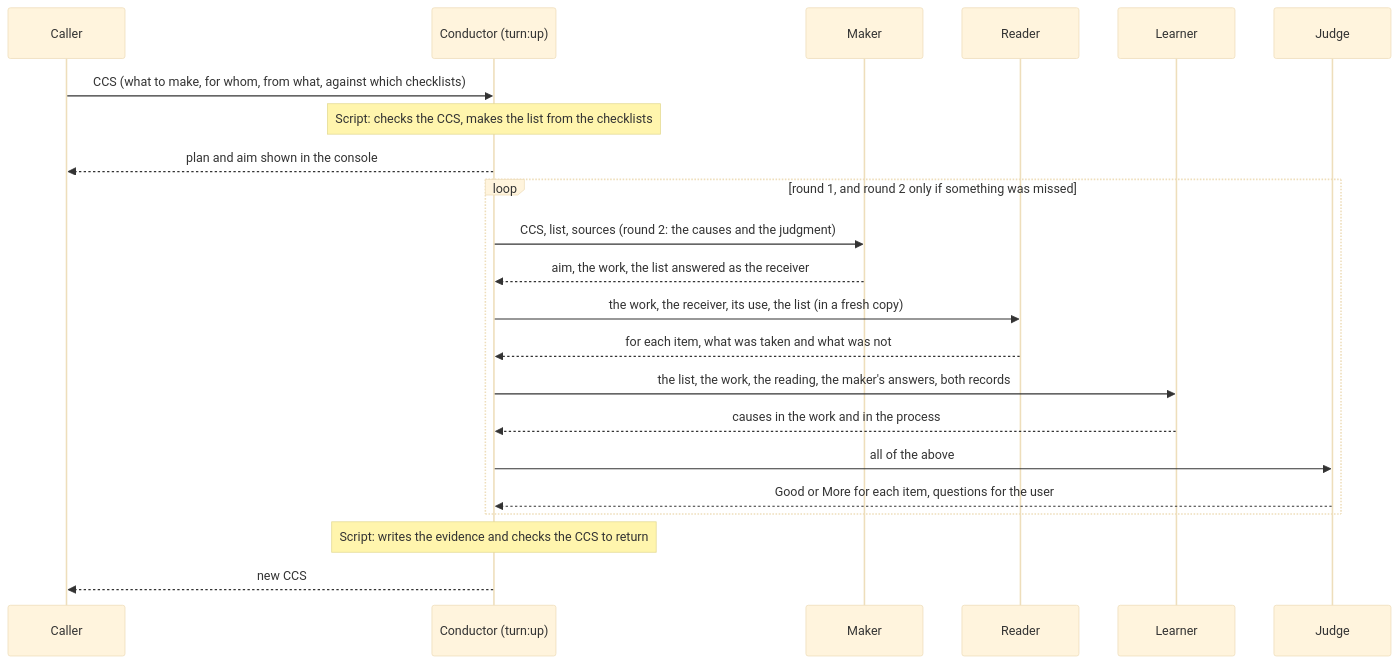
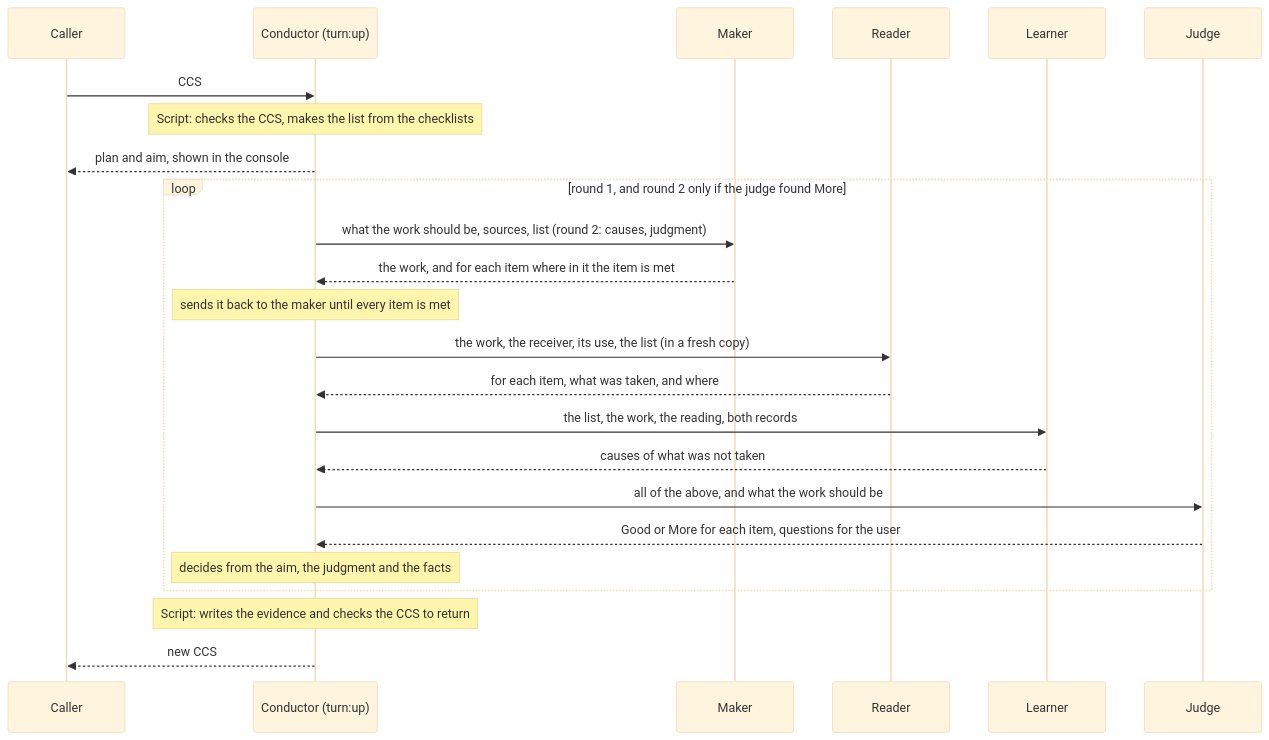
One commit to lovaizu/ccpm changed the diagram in dev/turn/design.md. Above: the diagram before and after it, drawn with Mermaid (base theme). The commit also changed other lines of this file, not shown here.

First line of the commit message:
turn design: roles each given one aim; the conductor sends the maker's work back; the CCS kept as the caller's interface

````diff
--- a/dev/turn/design.md
+++ b/dev/turn/design.md
@@ -127,24 +125,26 @@
 ```mermaid
 sequenceDiagram
   participant C as Caller
   participant O as Conductor (turn:up)
   participant M as Maker
   participant R as Reader
   participant L as Learner
   participant J as Judge
-  C->>O: CCS (what to make, for whom, from what, against which checklists)
+  C->>O: CCS
   Note over O: Script: checks the CCS, makes the list from the checklists
-  O-->>C: plan and aim shown in the console
-  loop round 1, and round 2 only if something was missed
-    O->>M: CCS, list, sources (round 2: the causes and the judgment)
-    M-->>O: aim, the work, the list answered as the receiver
+  O-->>C: plan and aim, shown in the console
+  loop round 1, and round 2 only if the judge found More
+    O->>M: what the work should be, sources, list (round 2: causes, judgment)
+    M-->>O: the work, and for each item where in it the item is met
+    Note over O: sends it back to the maker until every item is met
     O->>R: the work, the receiver, its use, the list (in a fresh copy)
-    R-->>O: for each item, what was taken and what was not
-    O->>L: the list, the work, the reading, the maker's answers, both records
-    L-->>O: causes in the work and in the process
-    O->>J: all of the above
+    R-->>O: for each item, what was taken, and where
+    O->>L: the list, the work, the reading, both records
+    L-->>O: causes of what was not taken
+    O->>J: all of the above, and what the work should be
     J-->>O: Good or More for each item, questions for the user
+    Note over O: decides from the aim, the judgment and the facts
   end
   Note over O: Script: writes the evidence and checks the CCS to return
   O-->>C: new CCS
 ```
````
